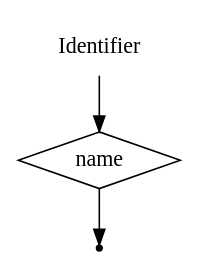
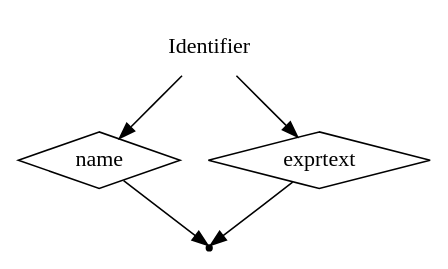
Before and after one commit to EgorGoluzin/DSL: the diagram in DSLTools/examples/RBNFEXPRESSIONSTESTRULES/wirth/Identifier.gv, drawn with Graphviz. The commit also changed 22 other files, not shown here.

```diff
--- a/DSLTools/examples/RBNFEXPRESSIONSTESTRULES/wirth/Identifier.gv
+++ b/DSLTools/examples/RBNFEXPRESSIONSTESTRULES/wirth/Identifier.gv
@@ -1,7 +1,10 @@
 digraph Identifier {
   start [label="Identifier" shape=plaintext];
   A [label="name" shape=diamond];
+  B [label="exprtext" shape=diamond];
   end [label="" shape=point];
   start -> A;
+  start -> B;
+  B -> end;
   A -> end;
 }
```
